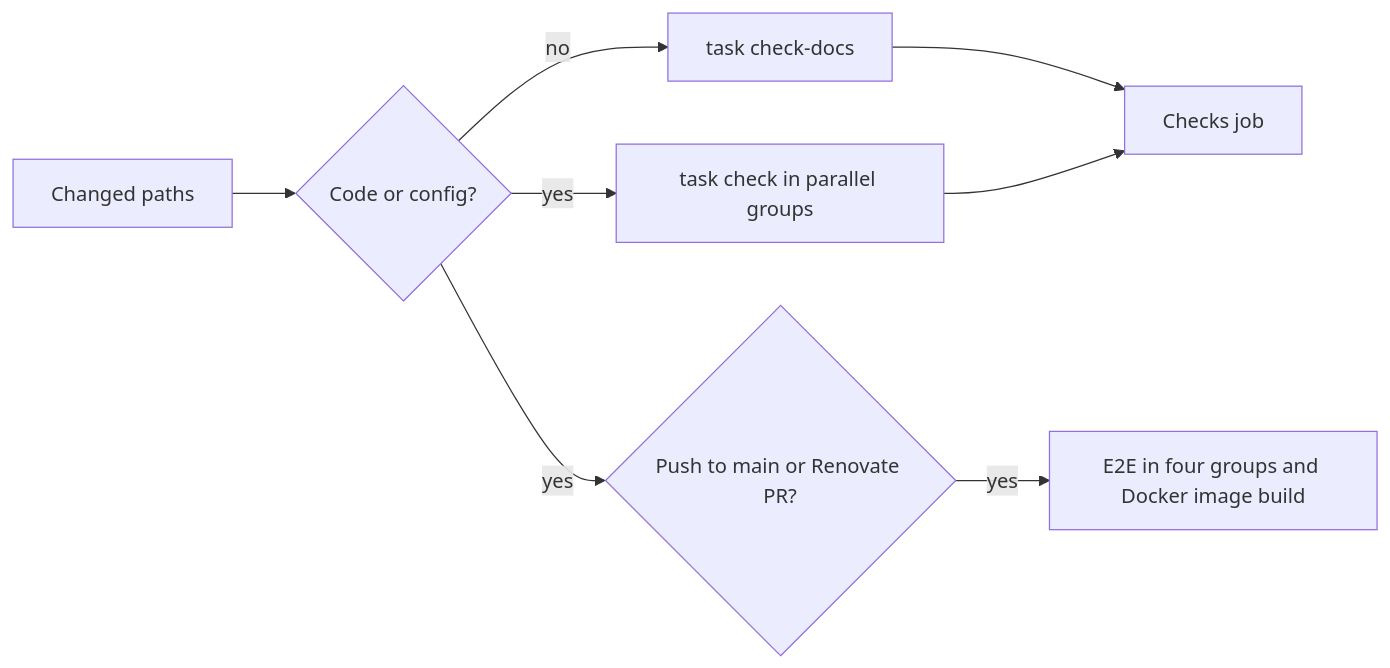
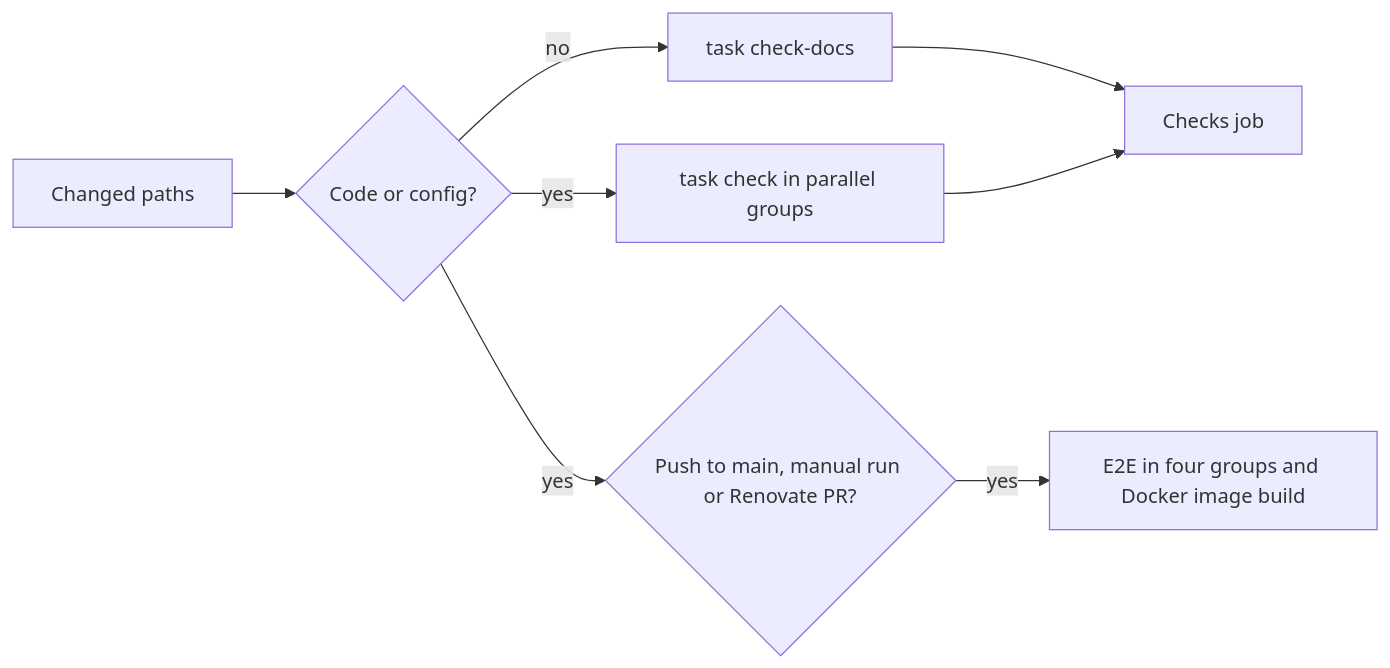
Before and after one commit to syudead/vv: the diagram in docs/how-to/development.md, drawn with Mermaid. The commit also changed other lines of this file and 7 other files, not shown here.

````diff
--- a/docs/how-to/development.md
+++ b/docs/how-to/development.md
@@ -67,10 +67,10 @@
 ```mermaid
 flowchart LR
   change[Changed paths] --> code{Code or config?}
   code -->|no| docs[task check-docs]
   code -->|yes| groups[task check in parallel groups]
   docs --> checks[Checks job]
   groups --> checks
-  code -->|yes| push{Push to main or Renovate PR?}
+  code -->|yes| push{Push to main, manual run or Renovate PR?}
   push -->|yes| more[E2E in four groups and Docker image build]
 ```
````
